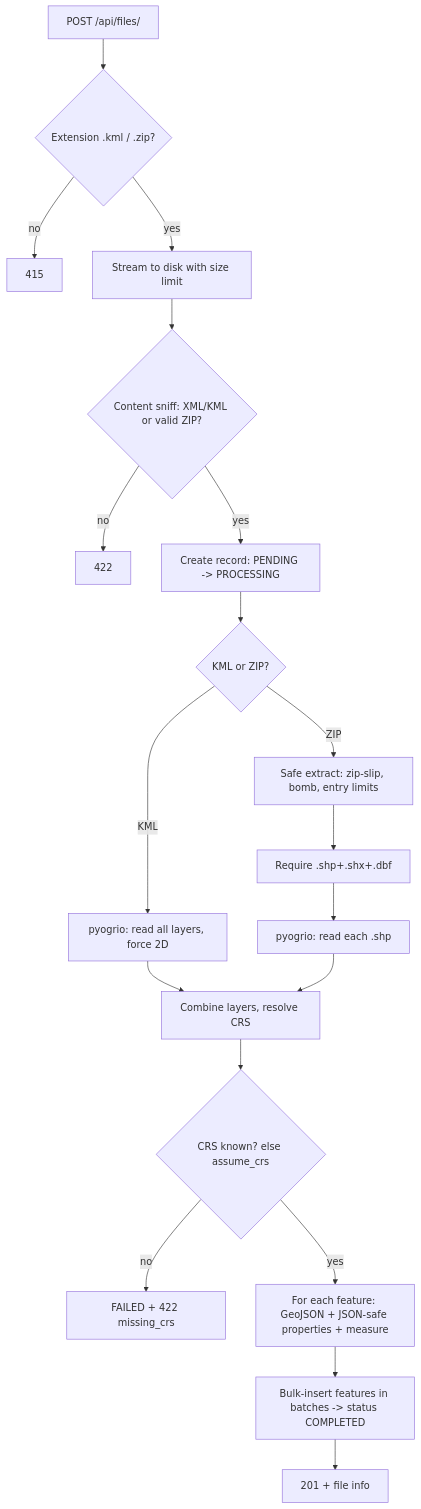
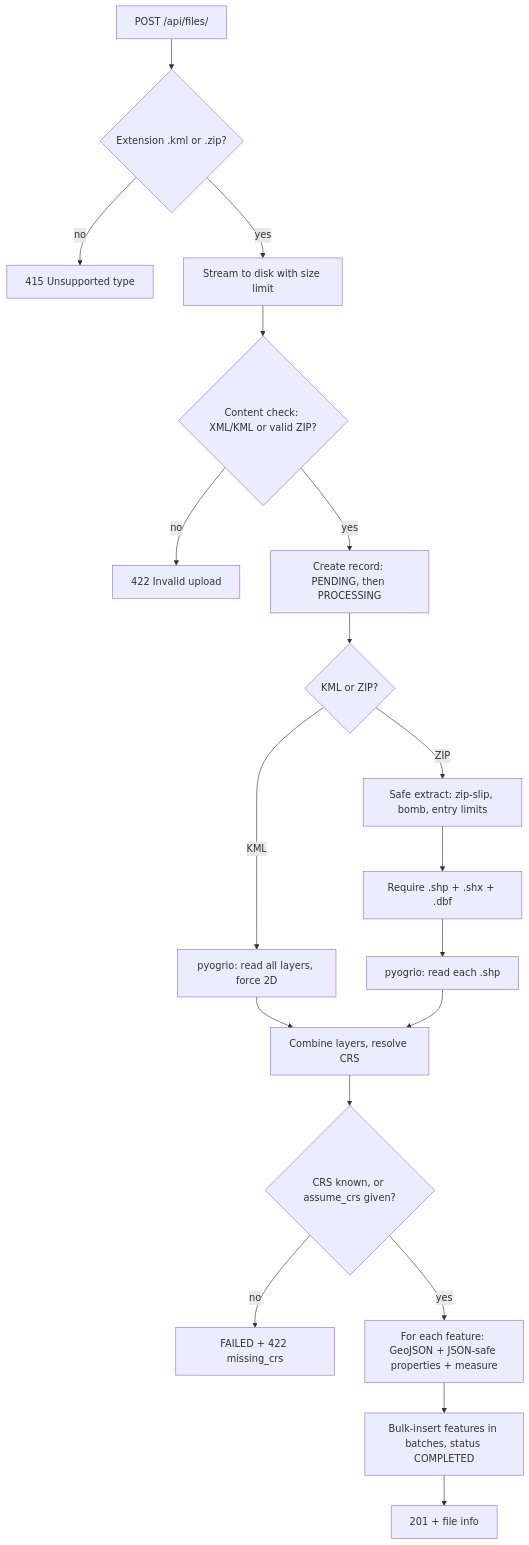
One commit to mukuldabas099/geofile-api changed the diagram in README.md. Above: the diagram before and after it, drawn with Mermaid.

Commit message:
Fix Mermaid diagram rendering

````diff
--- a/README.md
+++ b/README.md
@@ -215,19 +215,21 @@
 ```mermaid
 flowchart TD
-    A[POST /api/files/] --> B{Extension .kml / .zip?}
-    B -- no --> E1[415]
-    B -- yes --> C[Stream to disk with size limit]
-    C --> D{Content sniff: XML/KML or valid ZIP?}
-    D -- no --> E2[422]
-    D -- yes --> F[Create record: PENDING -> PROCESSING]
-    F --> G{KML or ZIP?}
-    G -- KML --> H[pyogrio: read all layers, force 2D]
-    G -- ZIP --> I[Safe extract: zip-slip, bomb, entry limits] --> J[Require .shp+.shx+.dbf] --> H2[pyogrio: read each .shp]
-    H --> K[Combine layers, resolve CRS]
+    A["POST /api/files/"] --> B{"Extension .kml or .zip?"}
+    B -- no --> E1["415 Unsupported type"]
+    B -- yes --> C["Stream to disk with size limit"]
+    C --> D{"Content check: XML/KML or valid ZIP?"}
+    D -- no --> E2["422 Invalid upload"]
+    D -- yes --> F["Create record: PENDING, then PROCESSING"]
+    F --> G{"KML or ZIP?"}
+    G -- KML --> H["pyogrio: read all layers, force 2D"]
+    G -- ZIP --> I["Safe extract: zip-slip, bomb, entry limits"]
+    I --> J["Require .shp + .shx + .dbf"]
+    J --> H2["pyogrio: read each .shp"]
+    H --> K["Combine layers, resolve CRS"]
     H2 --> K
-    K --> L{CRS known? else assume_crs}
-    L -- no --> E3[FAILED + 422 missing_crs]
-    L -- yes --> M[For each feature: GeoJSON + JSON-safe properties + measure]
-    M --> N[Bulk-insert features in batches -> status COMPLETED]
-    N --> O[201 + file info]
+    K --> L{"CRS known, or assume_crs given?"}
+    L -- no --> E3["FAILED + 422 missing_crs"]
+    L -- yes --> M["For each feature: GeoJSON + JSON-safe properties + measure"]
+    M --> N["Bulk-insert features in batches, status COMPLETED"]
+    N --> O["201 + file info"]
 ```
````
